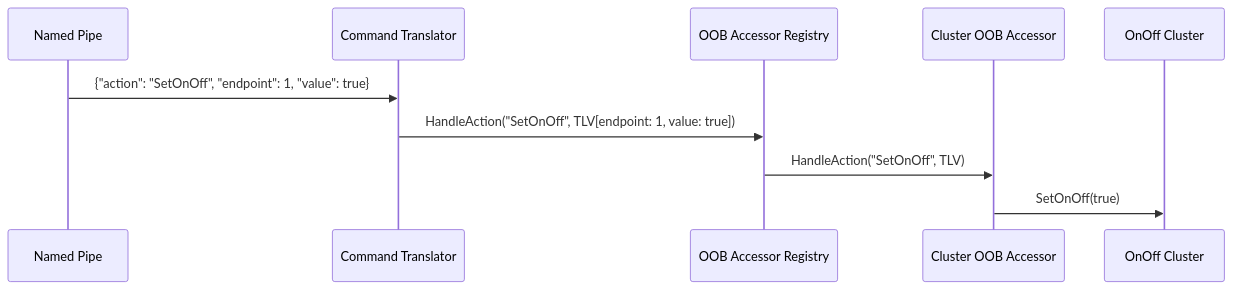
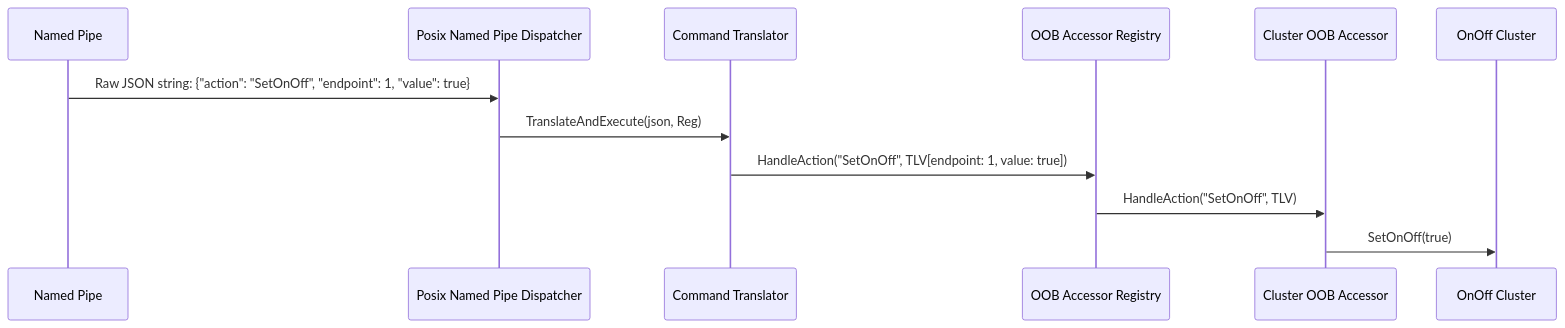
The second of 2 diagrams in examples/all-devices-app/docs/design/out_of_band_control.md (project-chip/connectedhomeip), drawn with Mermaid before and after one commit. The commit also changed other lines of this file, not shown here.

Commit message:
Refine OOB architecture document consistency, lifecycle, and target isolation

````diff
--- a/examples/all-devices-app/docs/design/out_of_band_control.md
+++ b/examples/all-devices-app/docs/design/out_of_band_control.md
@@ -241,13 +264,15 @@
 ```mermaid
 sequenceDiagram
     participant Pipe as Named Pipe
+    participant Disp as Posix Named Pipe Dispatcher
     participant Trans as Command Translator
     participant Reg as OOB Accessor Registry
     participant Accessor as Cluster OOB Accessor
     participant Cluster as OnOff Cluster
 
-    Pipe->>Trans: {"action": "SetOnOff", "endpoint": 1, "value": true}
+    Pipe->>Disp: Raw JSON string: {"action": "SetOnOff", "endpoint": 1, "value": true}
+    Disp->>Trans: TranslateAndExecute(json, Reg)
     Trans->>Reg: HandleAction("SetOnOff", TLV[endpoint: 1, value: true])
     Reg->>Accessor: HandleAction("SetOnOff", TLV)
     Accessor->>Cluster: SetOnOff(true)
 ```
````
